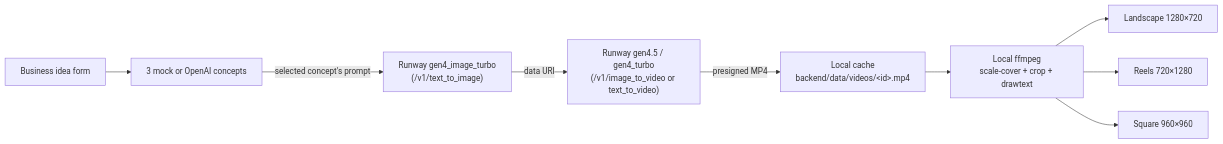
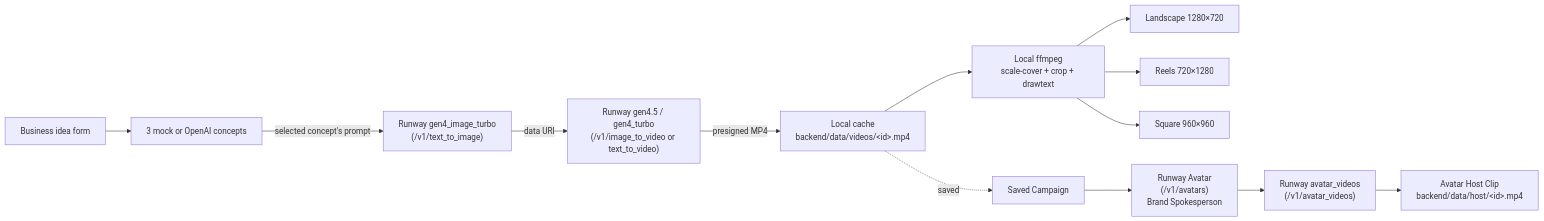
One commit to clwest/adspark-studio-runway-hackathon changed the diagram in README.md. Above: the diagram before and after it, drawn with Mermaid. The commit also changed other lines of this file and 3 other files, not shown here.

First line of the commit message:
docs: update submission for runway avatar spokesperson

````diff
--- a/README.md
+++ b/README.md
@@ -31,11 +39,16 @@
 ```mermaid
 flowchart LR
   Form["Business idea form"] --> Concepts["3 mock or OpenAI concepts"]
   Concepts -->|"selected concept's prompt"| Image["Runway gen4_image_turbo<br/>(/v1/text_to_image)"]
   Image -->|"data URI"| Video["Runway gen4.5 / gen4_turbo<br/>(/v1/image_to_video or text_to_video)"]
   Video -->|"presigned MP4"| Cache["Local cache<br/>backend/data/videos/&lt;id&gt;.mp4"]
   Cache --> Pack["Local ffmpeg<br/>scale-cover + crop + drawtext"]
   Pack --> L["Landscape 1280×720"]
   Pack --> R["Reels 720×1280"]
   Pack --> S["Square 960×960"]
+
+  Cache -.saved.-> Saved["Saved Campaign"]
+  Saved --> Avatar["Runway Avatar<br/>(/v1/avatars)<br/>Brand Spokesperson"]
+  Avatar --> Host["Runway avatar_videos<br/>(/v1/avatar_videos)"]
+  Host --> HostClip["Avatar Host Clip<br/>backend/data/host/&lt;id&gt;.mp4"]
 ```
````
